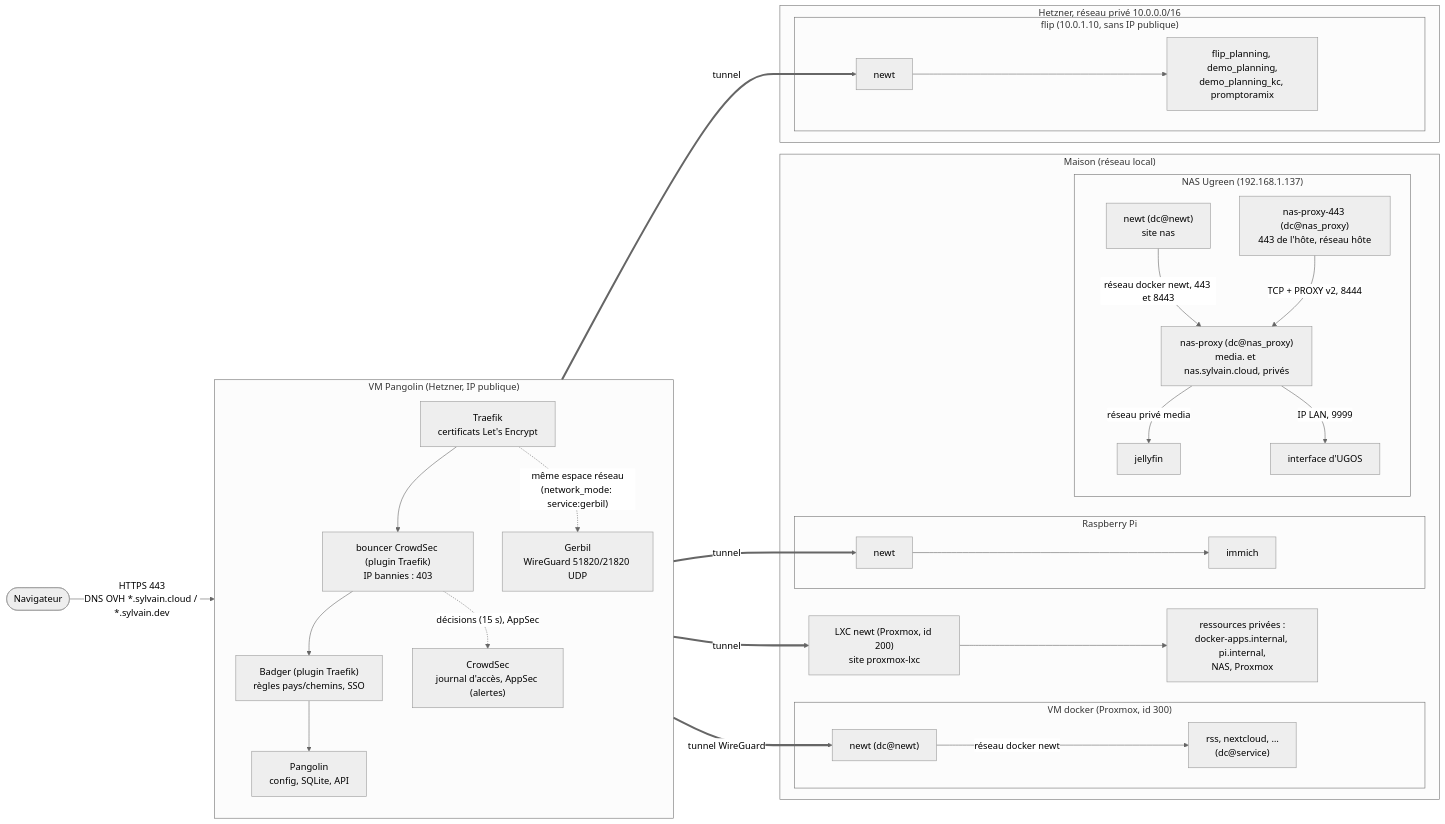
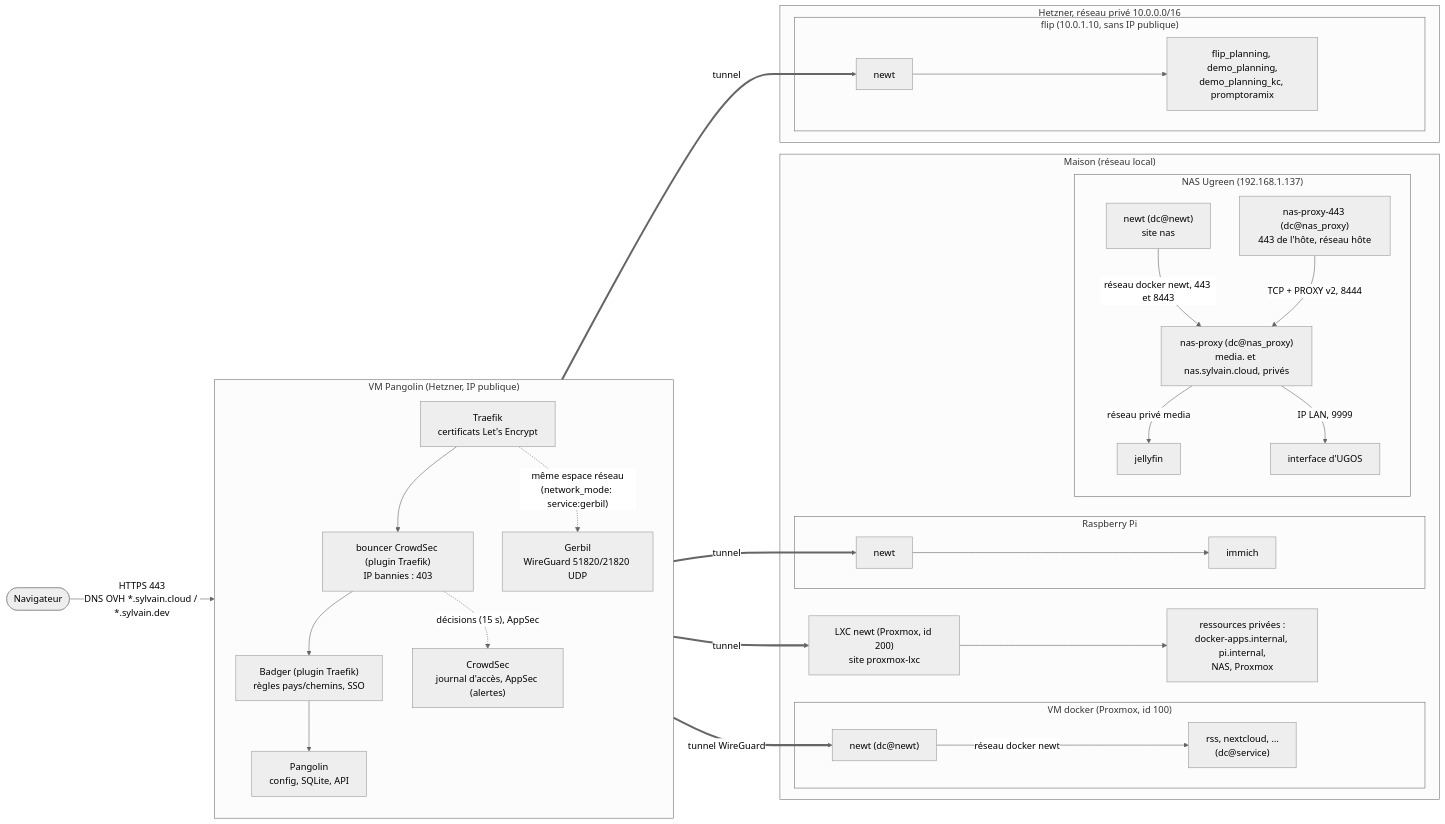
The first of 4 diagrams in docs/architecture.md (sylvainmetayer/homelab), drawn with Mermaid (neutral theme) before and after one commit. The commit also changed other lines of this file and 24 other files, not shown here.

````diff
--- a/docs/architecture.md
+++ b/docs/architecture.md
@@ -10,44 +10,44 @@
 ```mermaid
 flowchart LR
   user([Navigateur]) -- "HTTPS 443<br/>DNS OVH *.sylvain.cloud / *.sylvain.dev" --> traefik
 
   subgraph pangolin_vm["VM Pangolin (Hetzner, IP publique)"]
     direction TB
     traefik["Traefik<br/>certificats Let's Encrypt"]
     bouncer["bouncer CrowdSec (plugin Traefik)<br/>IP bannies : 403"]
     crowdsec["CrowdSec<br/>journal d'accès, AppSec (alertes)"]
     badger["Badger (plugin Traefik)<br/>règles pays/chemins, SSO"]
     pangolin_app["Pangolin<br/>config, SQLite, API"]
     gerbil["Gerbil<br/>WireGuard 51820/21820 UDP"]
     traefik --> bouncer --> badger --> pangolin_app
     bouncer -. "décisions (15 s), AppSec" .-> crowdsec
     traefik -. "même espace réseau<br/>(network_mode: service:gerbil)" .-> gerbil
   end
 
   gerbil == "tunnel WireGuard" ==> newt_docker
   gerbil == tunnel ==> newt_pi
   gerbil == tunnel ==> newt_flip
   gerbil == tunnel ==> newt_lxc
 
   subgraph home["Maison (réseau local)"]
-    subgraph docker_vm["VM docker (Proxmox, id 300)"]
+    subgraph docker_vm["VM docker (Proxmox, id 100)"]
       newt_docker["newt (dc@newt)"] -- "réseau docker newt" --> app1["rss, nextcloud, …<br/>(dc@service)"]
     end
     subgraph pi["Raspberry Pi"]
       newt_pi[newt] --> immich[immich]
     end
     newt_lxc["LXC newt (Proxmox, id 200)<br/>site proxmox-lxc"] --> lan["ressources privées :<br/>docker-apps.internal, pi.internal,<br/>NAS, Proxmox"]
     subgraph nas["NAS Ugreen (192.168.1.137)"]
       newt_nas["newt (dc@newt)<br/>site nas"] -- "réseau docker newt, 443 et 8443" --> traefik_nas["nas-proxy (dc@nas_proxy)<br/>media. et nas.sylvain.cloud, privés"]
       relay_nas["nas-proxy-443 (dc@nas_proxy)<br/>443 de l'hôte, réseau hôte"] -- "TCP + PROXY v2, 8444" --> traefik_nas
       traefik_nas -- "réseau privé media" --> jellyfin[jellyfin]
       traefik_nas -- "IP LAN, 9999" --> ugos[interface d'UGOS]
     end
   end
 
   subgraph hetzner_priv["Hetzner, réseau privé 10.0.0.0/16"]
     subgraph flip["flip (10.0.1.10, sans IP publique)"]
       newt_flip[newt] --> fp["flip_planning, demo_planning,<br/>demo_planning_kc, promptoramix"]
     end
   end
 ```
````
